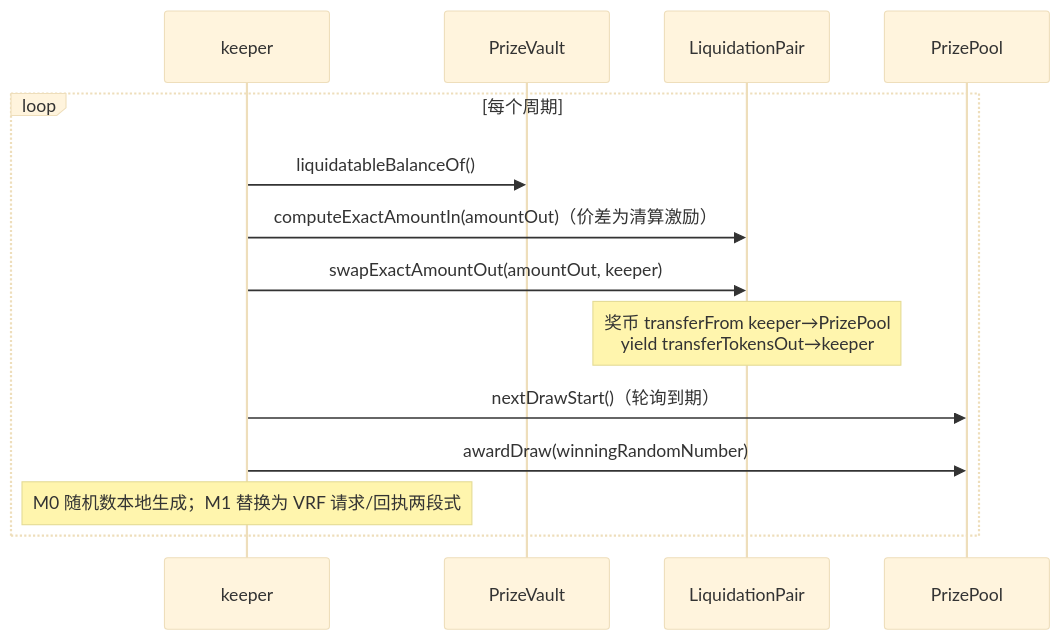
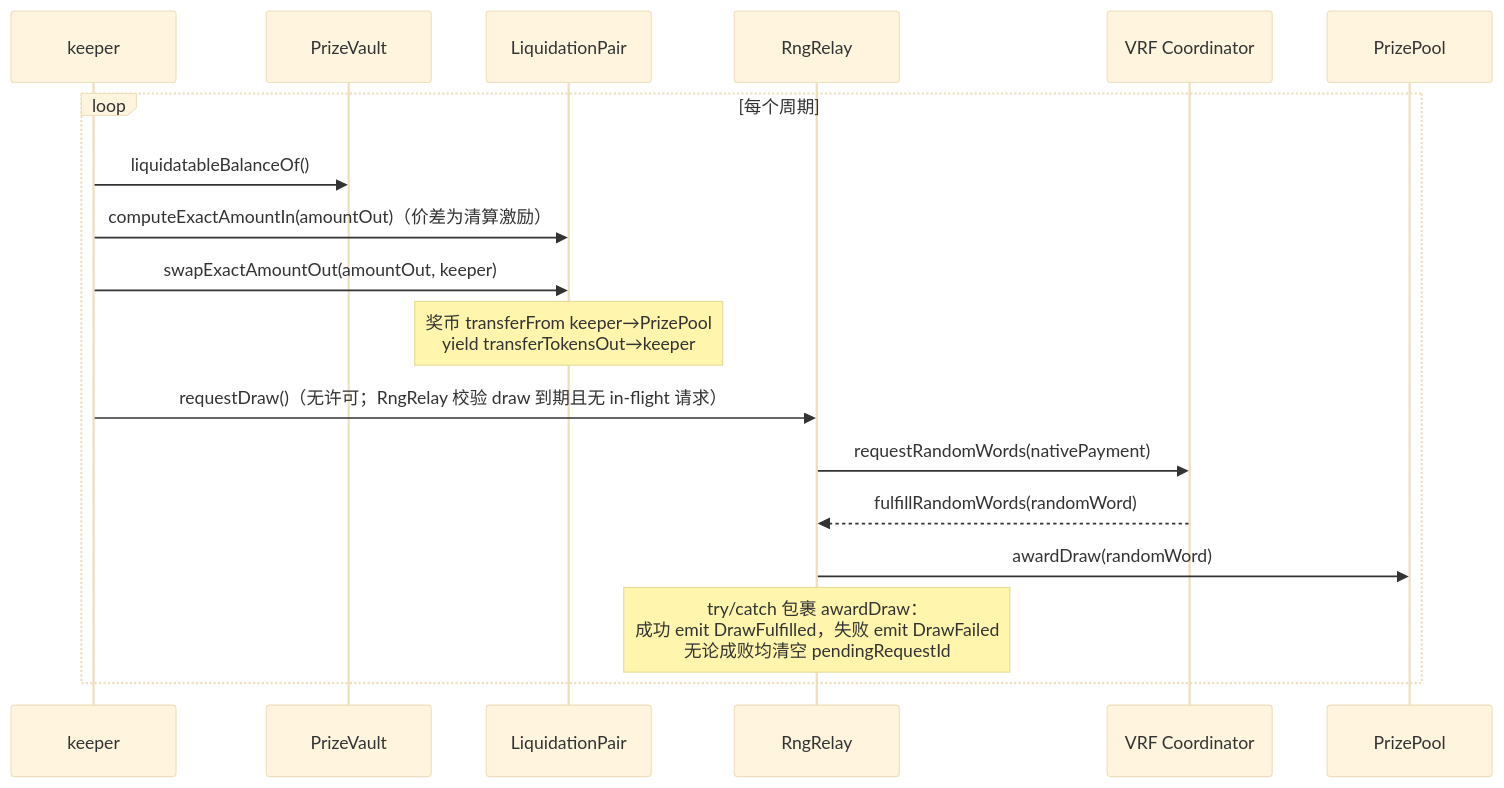
Before and after one commit to xiaokedou5951/prize-savings: the second of 2 diagrams in docs/architecture/module-contracts.md, drawn with Mermaid (base theme). The commit also changed other lines of this file and 25 other files, not shown here.

First line of the commit message:
0.4.1 实现 RngRelay 合约集成 Chainlink VRF 随机数开奖

````diff
--- a/docs/architecture/module-contracts.md
+++ b/docs/architecture/module-contracts.md
@@ -58,17 +62,21 @@
 ```mermaid
 sequenceDiagram
     participant K as keeper
     participant V as PrizeVault
     participant P as LiquidationPair
+    participant R as RngRelay
+    participant C as VRF Coordinator
     participant Pool as PrizePool
 
     loop 每个周期
         K->>V: liquidatableBalanceOf()
         K->>P: computeExactAmountIn(amountOut)（价差为清算激励）
         K->>P: swapExactAmountOut(amountOut, keeper)
         Note over P: 奖币 transferFrom keeper→PrizePool<br/>yield transferTokensOut→keeper
-        K->>Pool: nextDrawStart()（轮询到期）
-        K->>Pool: awardDraw(winningRandomNumber)
-        Note over K: M0 随机数本地生成；M1 替换为 VRF 请求/回执两段式
+        K->>R: requestDraw()（无许可；RngRelay 校验 draw 到期且无 in-flight 请求）
+        R->>C: requestRandomWords(nativePayment)
+        C-->>R: fulfillRandomWords(randomWord)
+        R->>Pool: awardDraw(randomWord)
+        Note over R: try/catch 包裹 awardDraw：<br/>成功 emit DrawFulfilled，失败 emit DrawFailed<br/>无论成败均清空 pendingRequestId
     end
 ```
````
